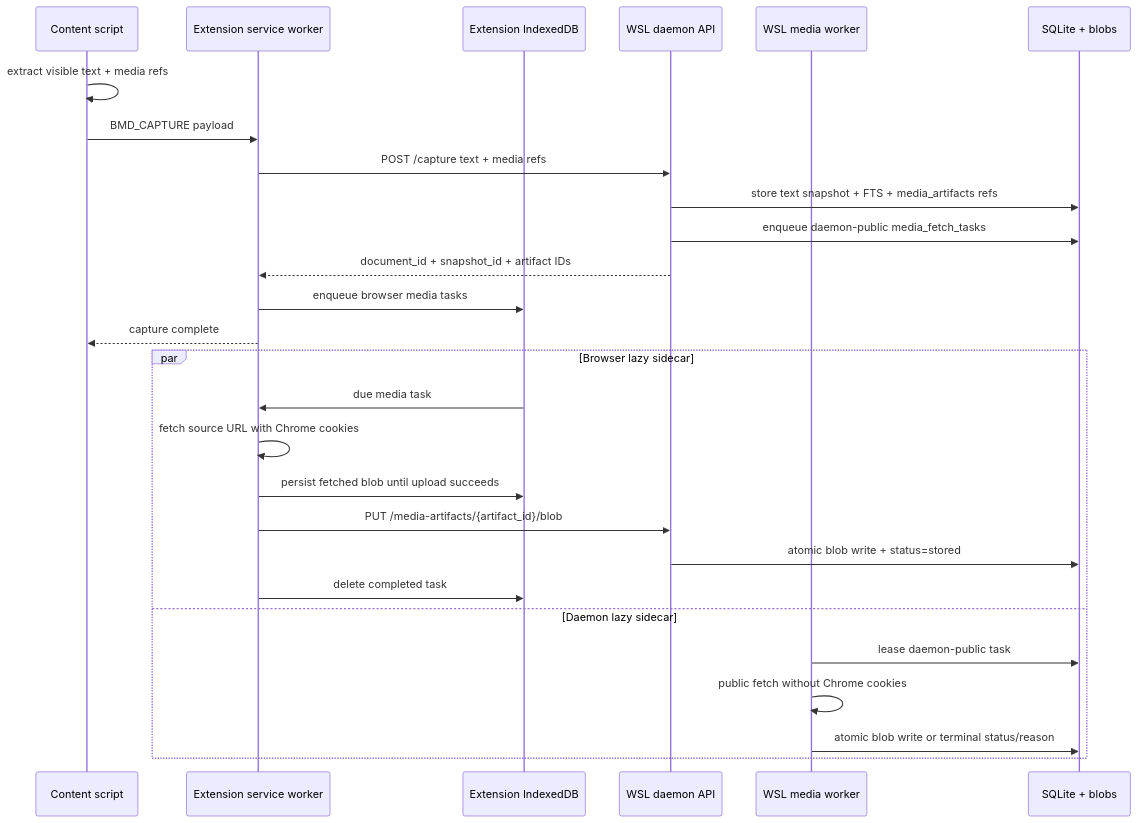
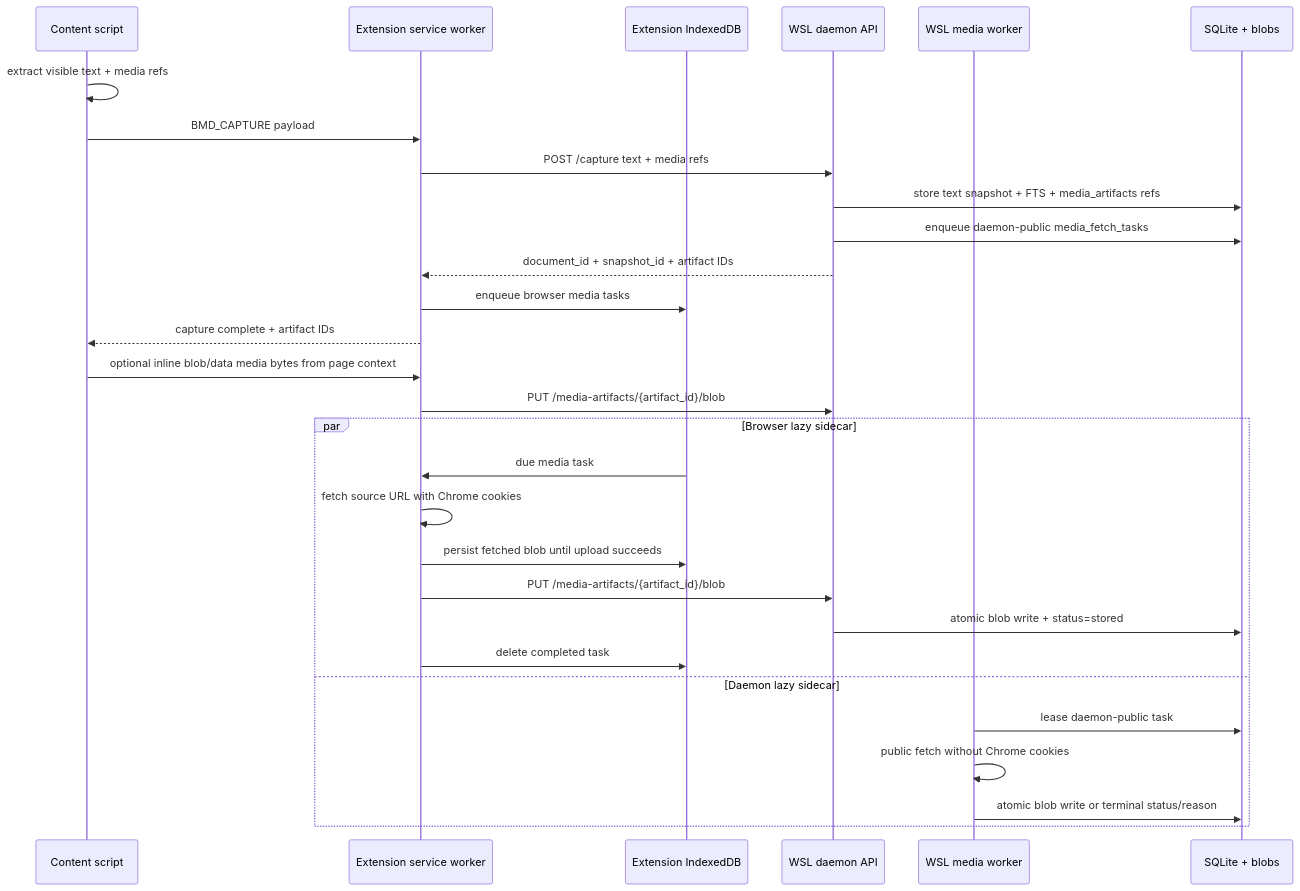
Before and after one commit to michaelnicks0/browser-memory-daemon: the diagram in docs/media-artifacts.md, drawn with Mermaid. The commit also changed other lines of this file and 9 other files, not shown here.

````diff
--- a/docs/media-artifacts.md
+++ b/docs/media-artifacts.md
@@ -81,31 +82,33 @@
 ```mermaid
 sequenceDiagram
   participant CS as Content script
   participant SW as Extension service worker
   participant IDB as Extension IndexedDB
   participant D as WSL daemon API
   participant MW as WSL media worker
   participant DB as SQLite + blobs
 
   CS->>CS: extract visible text + media refs
   CS->>SW: BMD_CAPTURE payload
   SW->>D: POST /capture text + media refs
   D->>DB: store text snapshot + FTS + media_artifacts refs
   D->>DB: enqueue daemon-public media_fetch_tasks
   D-->>SW: document_id + snapshot_id + artifact IDs
   SW->>IDB: enqueue browser media tasks
-  SW-->>CS: capture complete
+  SW-->>CS: capture complete + artifact IDs
+  CS->>SW: optional inline blob/data media bytes from page context
+  SW->>D: PUT /media-artifacts/{artifact_id}/blob
 
   par Browser lazy sidecar
     IDB->>SW: due media task
     SW->>SW: fetch source URL with Chrome cookies
     SW->>IDB: persist fetched blob until upload succeeds
     SW->>D: PUT /media-artifacts/{artifact_id}/blob
     D->>DB: atomic blob write + status=stored
     SW->>IDB: delete completed task
   and Daemon lazy sidecar
     MW->>DB: lease daemon-public task
     MW->>MW: public fetch without Chrome cookies
     MW->>DB: atomic blob write or terminal status/reason
   end
 ```
````
